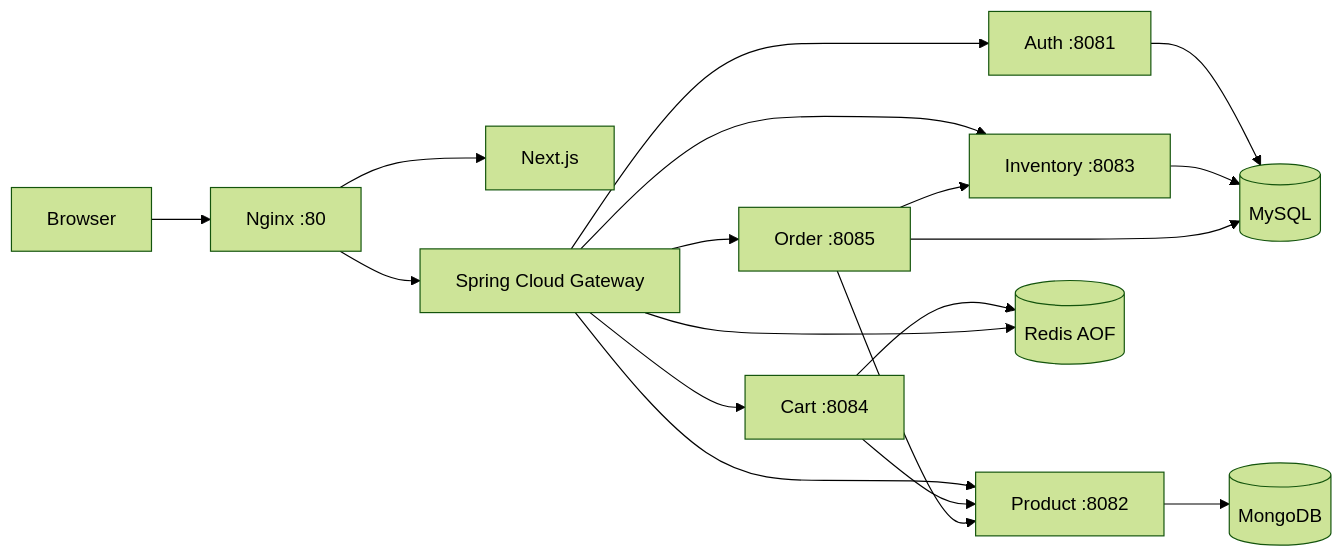
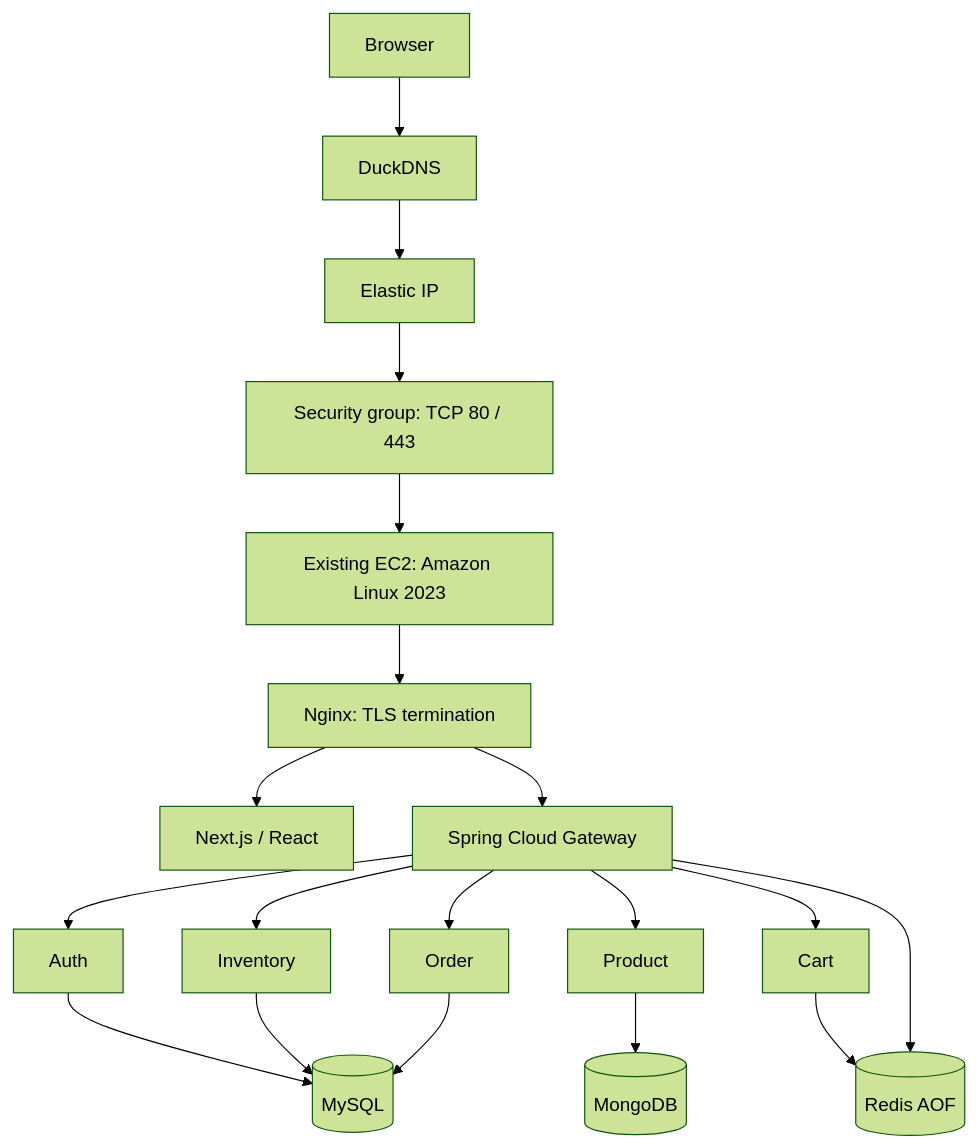
One commit to sakti69-cssoft/ShopSphere-Cloud-Native-ECommerce changed the first of 2 diagrams in README.md. Above: the diagram before and after it, drawn with Mermaid (forest theme). The commit also changed other lines of this file and 5 other files, not shown here.

````diff
--- a/README.md
+++ b/README.md
@@ -19,20 +9,21 @@
 ```mermaid
-flowchart LR
-  Browser --> Edge[Nginx :80]
-  Edge --> Web[Next.js]
-  Edge --> Gateway[Spring Cloud Gateway]
-  Gateway --> Auth[Auth :8081]
-  Gateway --> Product[Product :8082]
-  Gateway --> Inventory[Inventory :8083]
-  Gateway --> Cart[Cart :8084]
-  Gateway --> Order[Order :8085]
+flowchart TD
+  Browser --> DNS[DuckDNS]
+  DNS --> EIP[Elastic IP]
+  EIP --> SG[Security group: TCP 80 / 443]
+  SG --> Host[Existing EC2: Amazon Linux 2023]
+  Host --> Nginx[Nginx: TLS termination]
+  Nginx --> Frontend[Next.js / React]
+  Nginx --> Gateway[Spring Cloud Gateway]
+  Gateway --> Auth[Auth]
+  Gateway --> Product[Product]
+  Gateway --> Inventory[Inventory]
+  Gateway --> Cart[Cart]
+  Gateway --> Order[Order]
   Auth --> MySQL[(MySQL)]
   Inventory --> MySQL
   Order --> MySQL
-  Product --> Mongo[(MongoDB)]
+  Product --> MongoDB[(MongoDB)]
   Cart --> Redis[(Redis AOF)]
   Gateway --> Redis
-  Cart --> Product
-  Order --> Product
-  Order --> Inventory
 ```
````
